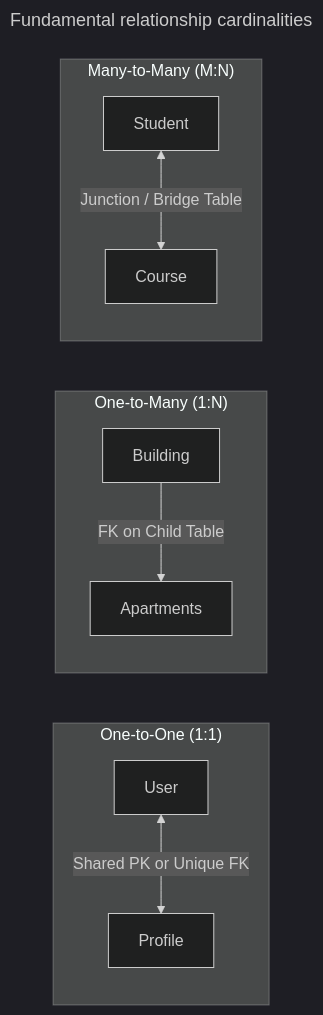
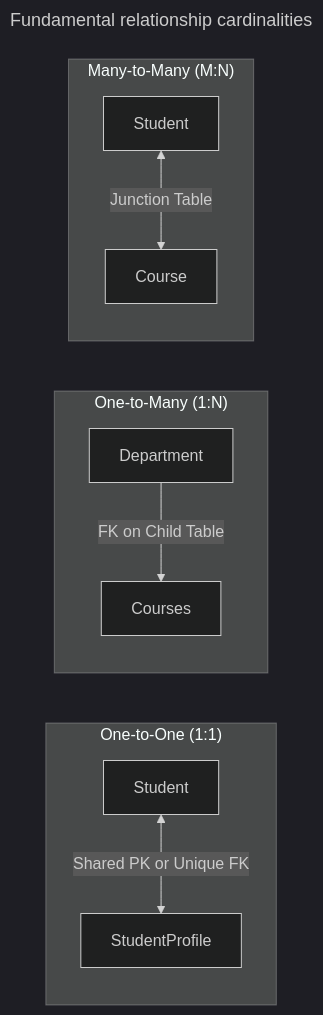
One commit to VineethChivukula/dedocs changed the fourth of 10 diagrams in content/modeling/entities-attributes-and-relationships.md. Above: the diagram before and after it, drawn with Mermaid (dark theme). The commit also changed other lines of this file and 26 other files, not shown here.

````diff
--- a/content/modeling/entities-attributes-and-relationships.md
+++ b/content/modeling/entities-attributes-and-relationships.md
@@ -102,20 +106,20 @@
 ```mermaid
 ---
 title: Fundamental relationship cardinalities
 ---
 flowchart LR
     subgraph OTO ["One-to-One (1:1)"]
         direction TB
-        User[User] <-->|Shared PK or Unique FK| Profile[Profile]
+        Student[Student] <-->|Shared PK or Unique FK| Profile[StudentProfile]
     end
 
     subgraph OTM ["One-to-Many (1:N)"]
         direction TB
-        Building[Building] -->|FK on Child Table| Apartment[Apartments]
+        Dept[Department] -->|FK on Child Table| Course[Courses]
     end
 
     subgraph MTM ["Many-to-Many (M:N)"]
         direction TB
-        Student[Student] <-->|Junction / Bridge Table| Course[Course]
+        Student2[Student] <-->|Junction Table| Course2[Course]
     end
 ```
````
